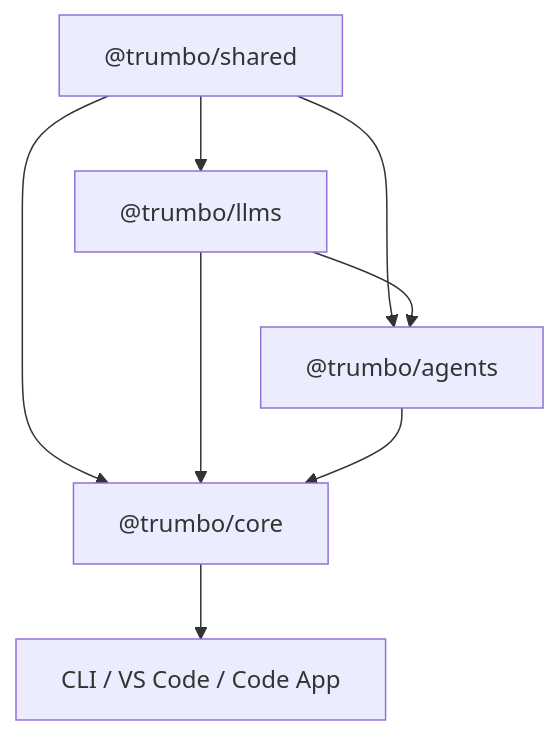
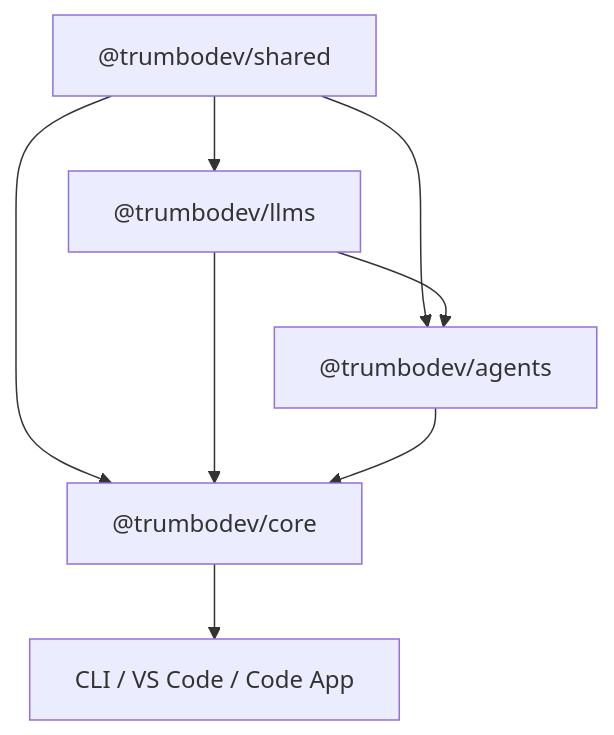
One commit to xedro98/Trumbo changed the diagram in engine/AGENTS.md. Above: the diagram before and after it, drawn with Mermaid. The commit also changed other lines of this file and 757 other files, not shown here.

First line of the commit message:
refactor: rename SDK package scope from @trumbo to @trumbodev

````diff
--- a/engine/AGENTS.md
+++ b/engine/AGENTS.md
@@ -37,7 +37,7 @@
 ```mermaid
 flowchart TD
-  shared["@trumbo/shared"] --> llms["@trumbo/llms"] & agents["@trumbo/agents"] & core["@trumbo/core"]
+  shared["@trumbodev/shared"] --> llms["@trumbodev/llms"] & agents["@trumbodev/agents"] & core["@trumbodev/core"]
   llms --> agents & core
   agents --> core
   core --> apps["CLI / VS Code / Code App"]
 ```
````
